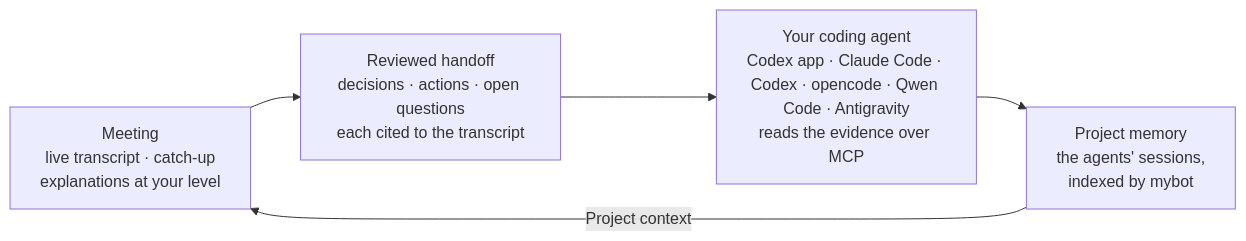
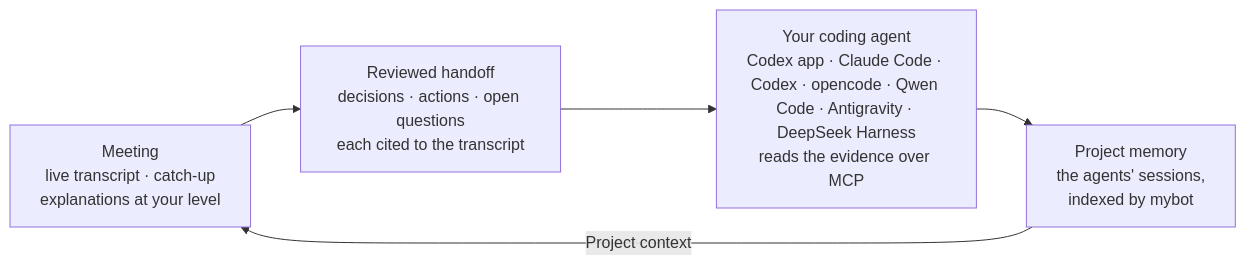
The diagram in README.md (FakeEnd/chumi), drawn with Mermaid before and after one commit. The commit also changed other lines of this file and 20 other files, not shown here.

First line of the commit message:
Add DeepSeek Harness as a coding agent

````diff
--- a/README.md
+++ b/README.md
@@ -148,7 +148,7 @@
 ```mermaid
 flowchart LR
   M["Meeting<br/>live transcript · catch-up<br/>explanations at your level"] --> H["Reviewed handoff<br/>decisions · actions · open questions<br/>each cited to the transcript"]
-  H --> A["Your coding agent<br/>Codex app · Claude Code · Codex · opencode · Qwen Code · Antigravity<br/>reads the evidence over MCP"]
+  H --> A["Your coding agent<br/>Codex app · Claude Code · Codex · opencode · Qwen Code · Antigravity · DeepSeek Harness<br/>reads the evidence over MCP"]
   A --> P["Project memory<br/>the agents' sessions,<br/>indexed by mybot"]
   P -- "Project context" --> M
 ```
````
